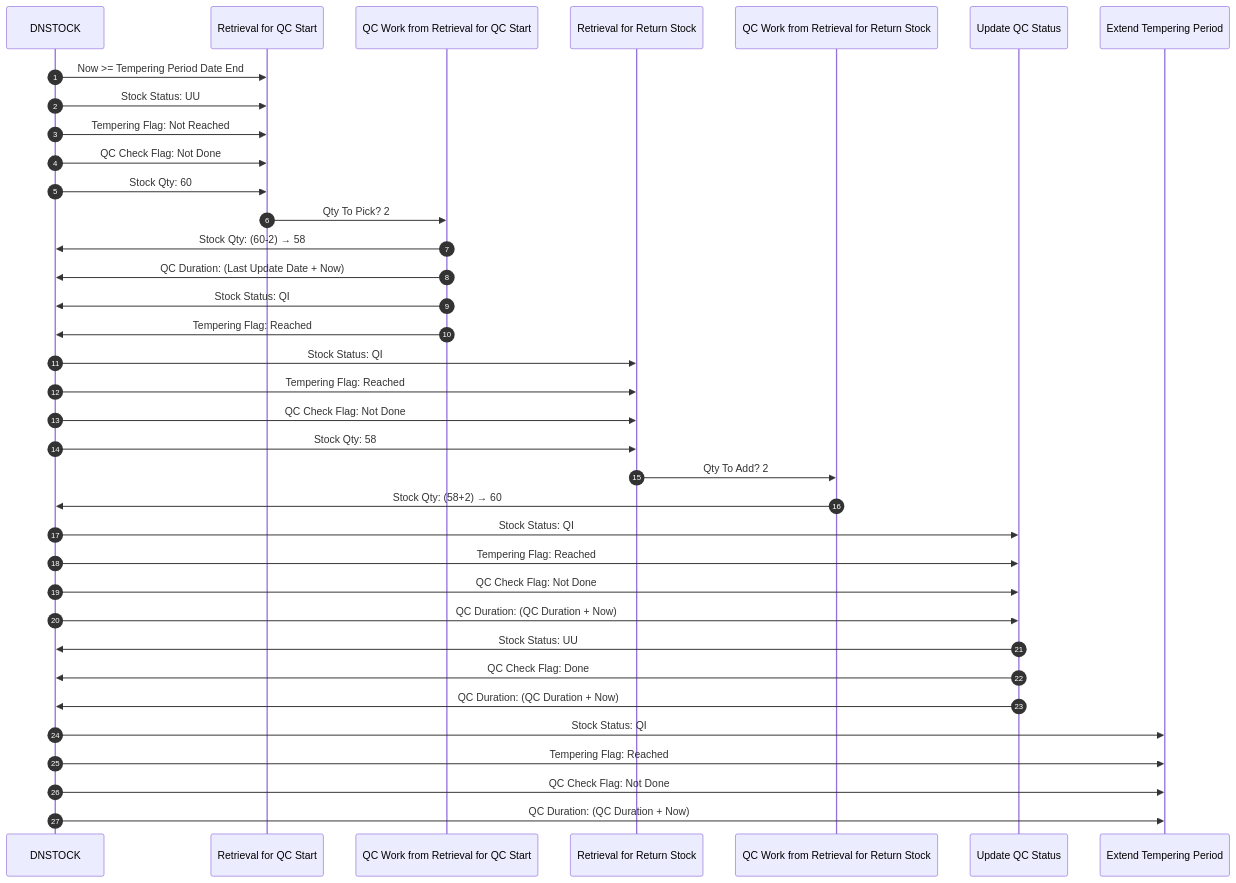
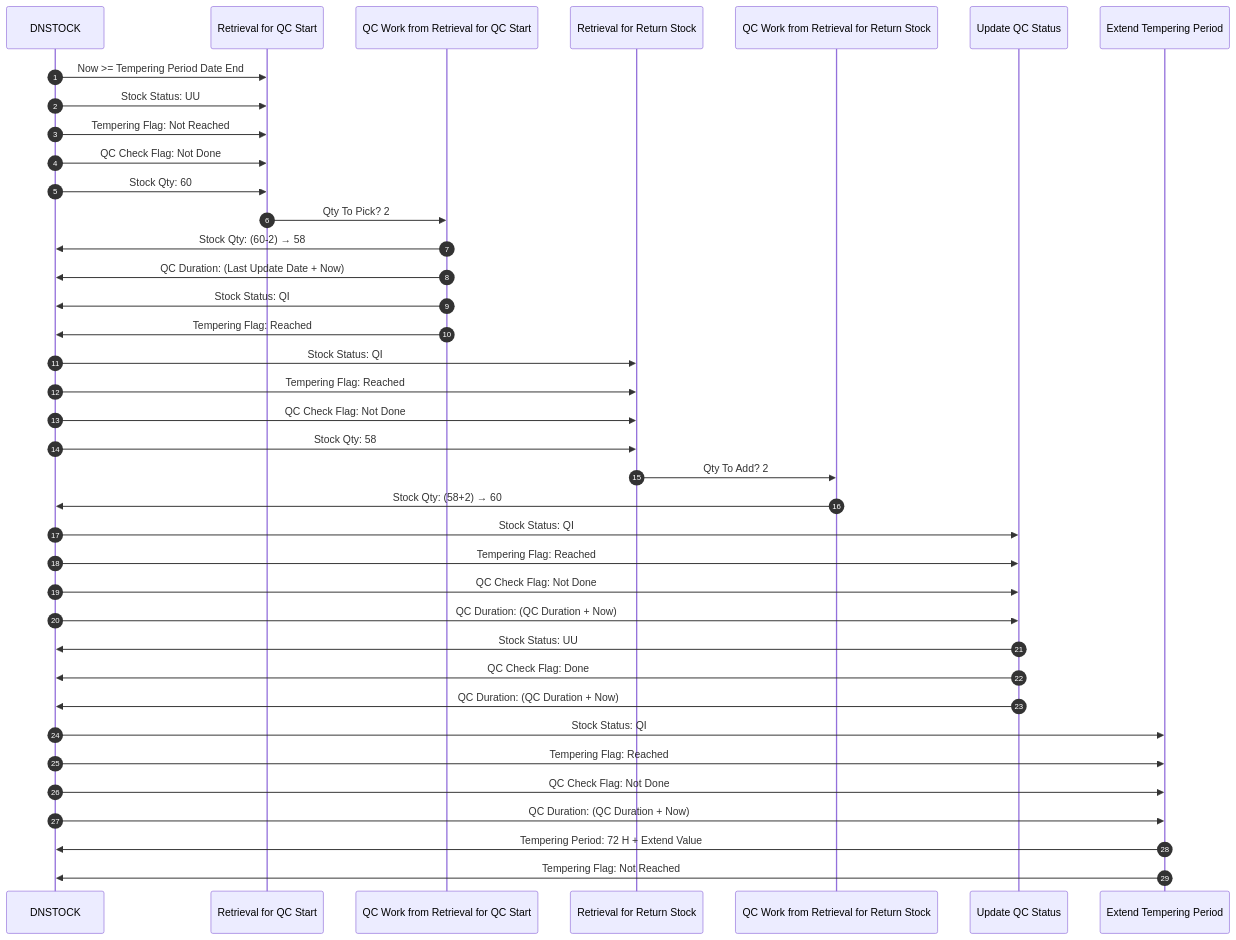
Before and after one commit to luthfiadityaa/SimeDarby-Wiki: the diagram in Basic-Design/DFD-WMS/Retrieval/QC-Setting.md, drawn with Mermaid.

Commit message:
Updated QC Setting

```diff
--- a/Basic-Design/DFD-WMS/Retrieval/QC-Setting.md
+++ b/Basic-Design/DFD-WMS/Retrieval/QC-Setting.md
@@ -11,55 +11,58 @@
 ::: mermaid
 sequenceDiagram
     autonumber
 
     participant DNSTOCK
     participant Retrieval for QC Start
     participant QC Work from Retrieval for QC Start
     participant Retrieval for Return Stock
     participant QC Work from Retrieval for Return Stock
     participant Update QC Status
     participant Extend Tempering Period
 
     %% --- 1. DNSTOCK ---
     DNSTOCK ->> Retrieval for QC Start: Now >= Tempering Period Date End
     DNSTOCK ->> Retrieval for QC Start: Stock Status: UU  
     DNSTOCK ->> Retrieval for QC Start: Tempering Flag: Not Reached 
     DNSTOCK ->> Retrieval for QC Start: QC Check Flag: Not Done
     DNSTOCK ->> Retrieval for QC Start: Stock Qty: 60
 
     %% --- 2. Retrieval for QC Start ---
     Retrieval for QC Start ->> QC Work from Retrieval for QC Start: Qty To Pick?  2
 
     %% --- 3. QC Work from Retrieval for QC Start ---
     QC Work from Retrieval for QC Start ->> DNSTOCK: Stock Qty: (60-2) → 58
     QC Work from Retrieval for QC Start ->> DNSTOCK: QC Duration: (Last Update Date + Now)
     QC Work from Retrieval for QC Start ->> DNSTOCK: Stock Status: QI
     QC Work from Retrieval for QC Start ->> DNSTOCK: Tempering Flag: Reached
 
     %% --- 4. Retrieval for Return Stock ---
     DNSTOCK ->> Retrieval for Return Stock: Stock Status: QI  
     DNSTOCK ->> Retrieval for Return Stock: Tempering Flag: Reached 
     DNSTOCK ->> Retrieval for Return Stock: QC Check Flag: Not Done
     DNSTOCK ->> Retrieval for Return Stock: Stock Qty: 58
 
     Retrieval for Return Stock ->> QC Work from Retrieval for Return Stock: Qty To Add?  2
 
     %% --- 5. QC Work from Retrieval for Return Stock ---
     QC Work from Retrieval for Return Stock ->> DNSTOCK: Stock Qty: (58+2) → 60
 
     %% --- 6. Update QC Status ---
     DNSTOCK ->> Update QC Status: Stock Status: QI  
     DNSTOCK ->> Update QC Status: Tempering Flag: Reached 
     DNSTOCK ->> Update QC Status: QC Check Flag: Not Done
     DNSTOCK ->> Update QC Status: QC Duration: (QC Duration + Now)
     
     Update QC Status ->> DNSTOCK: Stock Status: UU  
     Update QC Status ->> DNSTOCK: QC Check Flag: Done
     Update QC Status ->> DNSTOCK: QC Duration: (QC Duration + Now)
 
     %% --- 7. Extend Tempering Period ---
     DNSTOCK ->> Extend Tempering Period: Stock Status: QI  
     DNSTOCK ->> Extend Tempering Period: Tempering Flag: Reached 
     DNSTOCK ->> Extend Tempering Period: QC Check Flag: Not Done
     DNSTOCK ->> Extend Tempering Period: QC Duration: (QC Duration + Now)
+
+    Extend Tempering Period ->> DNSTOCK: Tempering Period: 72 H + Extend Value
+    Extend Tempering Period ->> DNSTOCK: Tempering Flag: Not Reached
 :::
```
